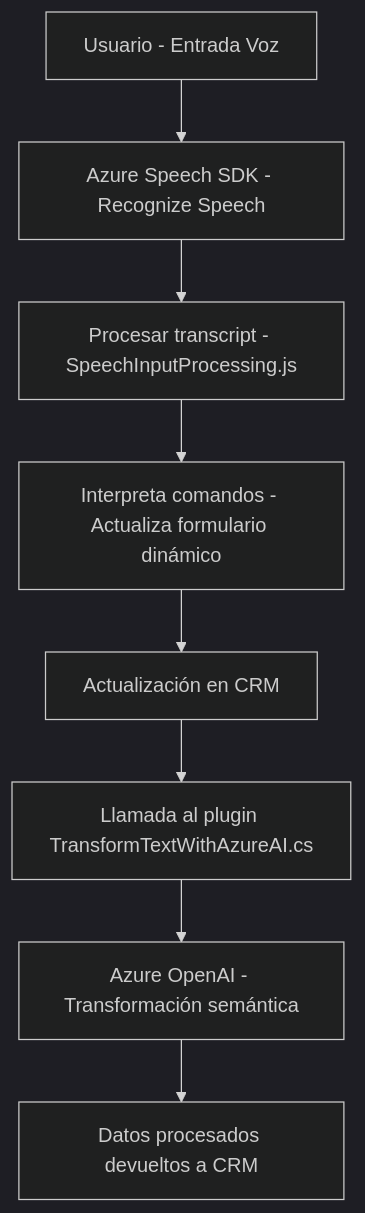
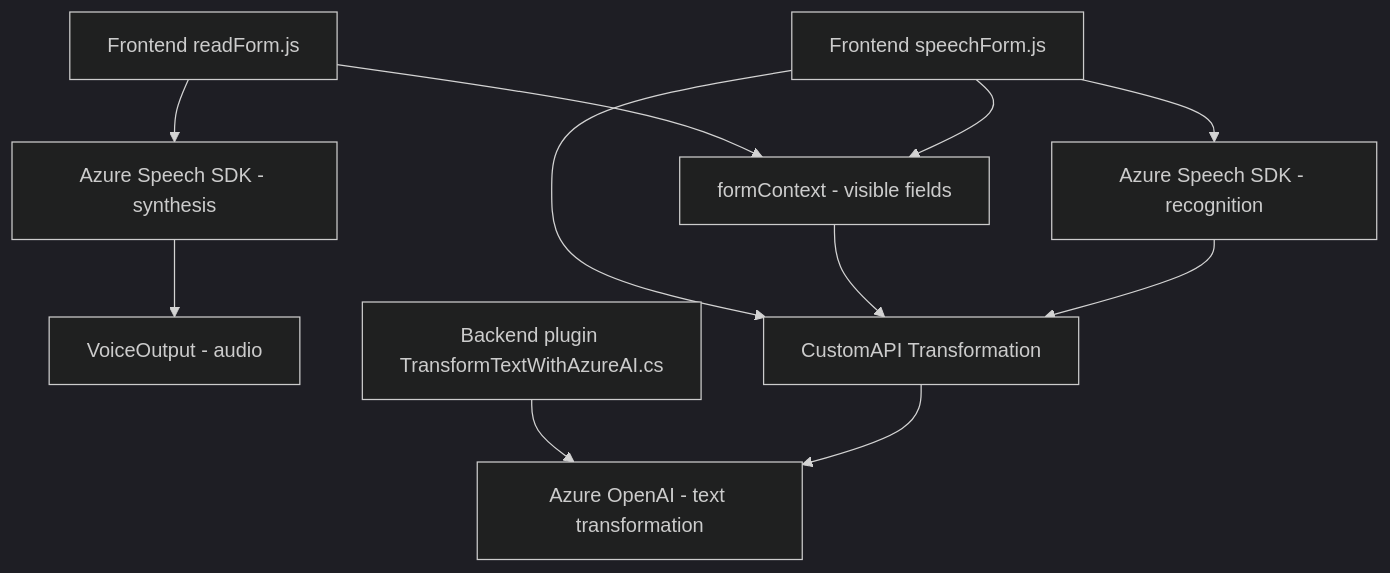
One commit to blopezdm/NETCORE_BILBAO2025 changed the diagram in README.md. Above: the diagram before and after it, drawn with Mermaid (dark theme). The commit also changed other lines of this file, not shown here.

````diff
--- a/README.md
+++ b/README.md
@@ -47,10 +39,16 @@
 ```mermaid
 graph TD
-  A["Usuario - Entrada Voz"] --> B["Azure Speech SDK - Recognize Speech"]
-  B --> C["Procesar transcript - SpeechInputProcessing.js"]
-  C --> D["Interpreta comandos - Actualiza formulario dinámico"]
-  D --> E["Actualización en CRM"]
-  E --> F["Llamada al plugin TransformTextWithAzureAI.cs"]
-  F --> G["Azure OpenAI - Transformación semántica"]
-  G --> H["Datos procesados devueltos a CRM"]
+    A[Frontend readForm.js] --> B["Azure Speech SDK - synthesis"]
+    A --> D[formContext - visible fields]
+    B --> E[VoiceOutput - audio]
+
+    F[Frontend speechForm.js] --> G["Azure Speech SDK - recognition"]
+    F --> H[CustomAPI Transformation]
+    F --> D
+
+    I[Backend plugin TransformTextWithAzureAI.cs] --> J["Azure OpenAI - text transformation"]
+    H --> J
+
+    D --> H
+    G --> H
 ```
````
